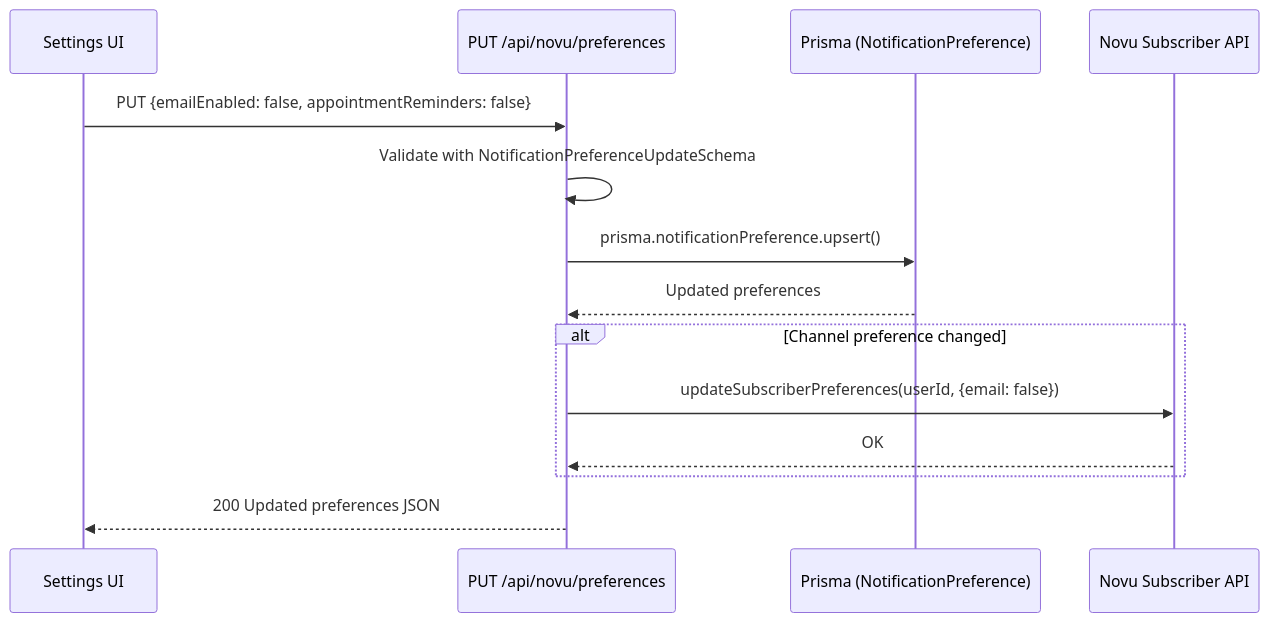
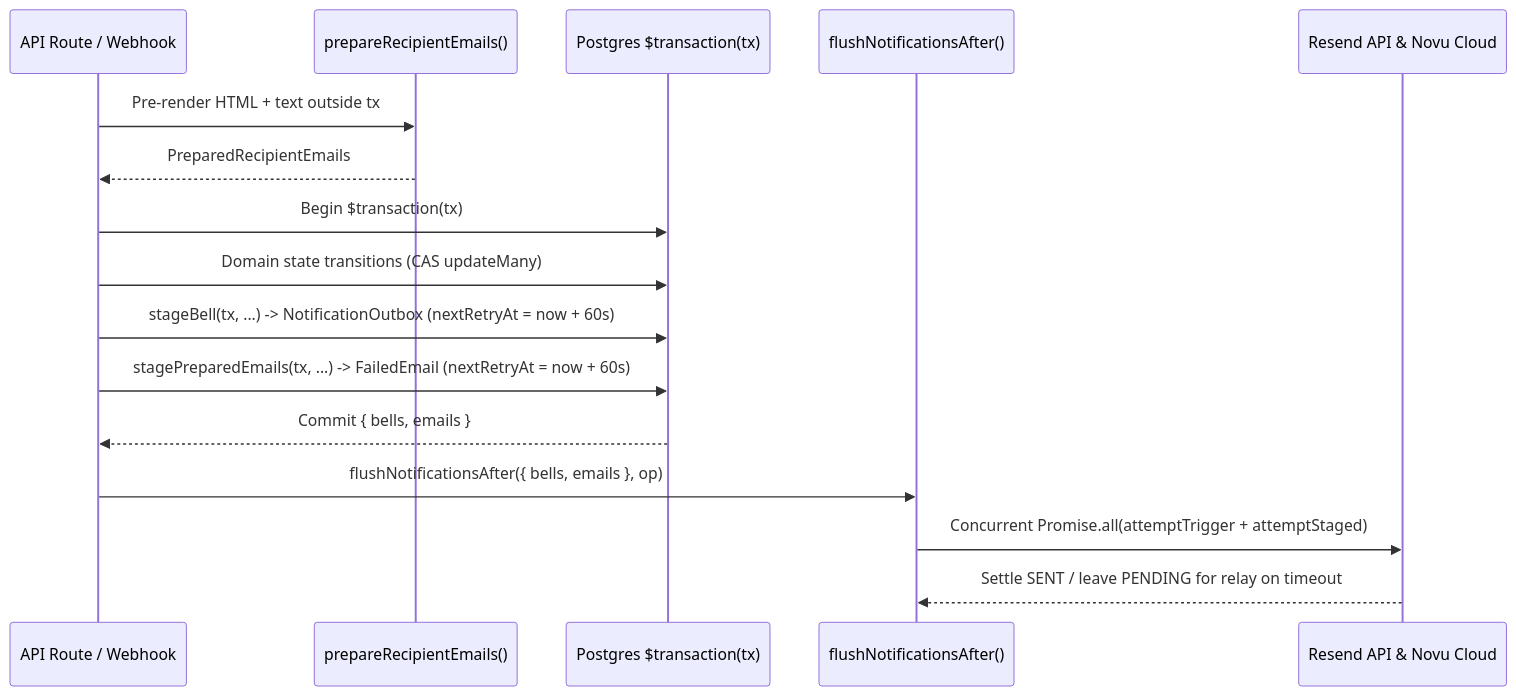
The second of 2 diagrams in docs/notifications/01-architecture.md (Practitionist/familiarise_web), drawn with Mermaid before and after one commit. The commit also changed other lines of this file and 72 other files, not shown here.

Commit message:
feat(notifications): productionize dual-channel outbox, channel parity, security & non-blocking delivery (#2082, #1848, #1653)

````diff
--- a/docs/notifications/01-architecture.md
+++ b/docs/notifications/01-architecture.md
@@ -557,17 +80,19 @@
 ```mermaid
 sequenceDiagram
-    participant UI as Settings UI
-    participant API as PUT /api/novu/preferences
-    participant DB as Prisma (NotificationPreference)
-    participant Novu as Novu Subscriber API
+    participant Route as API Route / Webhook
+    participant Prep as prepareRecipientEmails()
+    participant DB as Postgres $transaction(tx)
+    participant Flush as flushNotificationsAfter()
+    participant Providers as Resend API & Novu Cloud
 
-    UI->>API: PUT {emailEnabled: false, appointmentReminders: false}
-    API->>API: Validate with NotificationPreferenceUpdateSchema
-    API->>DB: prisma.notificationPreference.upsert()
-    DB-->>API: Updated preferences
-    alt Channel preference changed
-        API->>Novu: updateSubscriberPreferences(userId, {email: false})
-        Novu-->>API: OK
-    end
-    API-->>UI: 200 Updated preferences JSON
+    Route->>Prep: Pre-render HTML + text outside tx
+    Prep-->>Route: PreparedRecipientEmails
+    Route->>DB: Begin $transaction(tx)
+    Route->>DB: Domain state transitions (CAS updateMany)
+    Route->>DB: stageBell(tx, ...) -> NotificationOutbox (nextRetryAt = now + 60s)
+    Route->>DB: stagePreparedEmails(tx, ...) -> FailedEmail (nextRetryAt = now + 60s)
+    DB-->>Route: Commit { bells, emails }
+    Route->>Flush: flushNotificationsAfter({ bells, emails }, op)
+    Flush->>Providers: Concurrent Promise.all(attemptTrigger + attemptStaged)
+    Providers-->>Flush: Settle SENT / leave PENDING for relay on timeout
 ```
````
